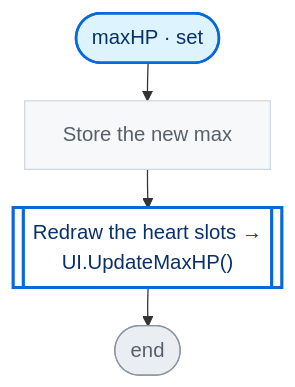
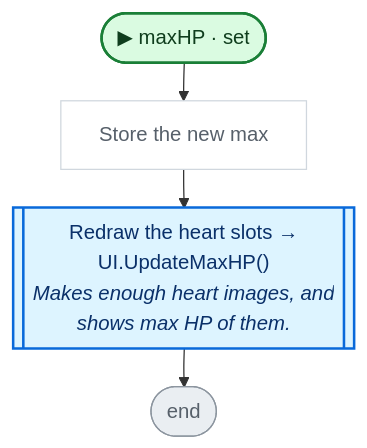
One commit to nataiai/Lord-of-the-Dungeon changed the fifth of 15 diagrams in CodeGraph~/graph/Player.cs.md. Above: the diagram before and after it, drawn with Mermaid. The commit also changed other lines of this file and 44 other files, not shown here.

````diff
--- a/CodeGraph~/graph/Player.cs.md
+++ b/CodeGraph~/graph/Player.cs.md
@@ -238,31 +249,35 @@
 ```mermaid
 ---
 config:
   flowchart:
     wrappingWidth: 260
     nodeSpacing: 26
     rankSpacing: 30
 ---
 flowchart TD
-  nS(["maxHP · set"])
+  nS(["▶ maxHP · set"])
   ncafc6a["Store the new max"]
-  nfc32bd[["Redraw the heart slots →<br>UI.UpdateMaxHP()"]]
+  nfc32bd[["Redraw the heart slots →<br>UI.UpdateMaxHP()<br><i>Makes enough heart images, and</i><br><i>shows max HP of them.</i>"]]
   nE(["end"])
   nS --> ncafc6a
   ncafc6a --> nfc32bd
   nfc32bd --> nE
-  classDef unity fill:#fff1c2,stroke:#9a6700,stroke-width:2px,color:#3b2300
-  classDef start fill:#ddf4ff,stroke:#0969da,stroke-width:2px,color:#0a3069
-  classDef calc fill:#f6f8fa,stroke:#d0d7de,color:#57606a
-  classDef calls fill:#ffffff,stroke:#0969da,stroke-width:2.5px,color:#0a3069
-  classDef cond fill:#ffffff,stroke:#6e7781,stroke-width:1.5px,color:#1f2328
-  classDef loop fill:#fbefff,stroke:#8250df,color:#3e1f79
-  classDef exit fill:#eaeef2,stroke:#57606a,color:#24292f
-  classDef wait fill:#fff8f0,stroke:#bc4c00,color:#4d1d00
+  classDef unity fill:#dafbe1,stroke:#1a7f37,stroke-width:2px,color:#0f3d1d
+  classDef start fill:#dafbe1,stroke:#1a7f37,stroke-width:2px,color:#0f3d1d
+  classDef calc fill:#ffffff,stroke:#d0d7de,color:#57606a
+  classDef calls fill:#ddf4ff,stroke:#0969da,stroke-width:2px,color:#0a3069
+  classDef ext fill:#ddf4ff,stroke:#0969da,stroke-width:2px,stroke-dasharray:5 3,color:#0a3069
+  classDef cond fill:#fff8c5,stroke:#bf8700,stroke-width:1.5px,color:#3d2a00
+  classDef loop fill:#f6f8fa,stroke:#57606a,color:#1f2328
+  classDef exit fill:#ffebe9,stroke:#cf222e,color:#82071e
+  classDef kill fill:#ffebe9,stroke:#cf222e,stroke-width:2px,color:#82071e
+  classDef spawn fill:#dafbe1,stroke:#1a7f37,stroke-width:2px,color:#0f3d1d
+  classDef wait fill:#fff1e5,stroke:#bc4c00,color:#4d1d00
   classDef fin fill:#eaeef2,stroke:#8c959f,color:#57606a
   classDef join fill:#d0d7de,stroke:#8c959f,color:#57606a
+  classDef ghdr fill:#f5f9ff,stroke:#f5f9ff,color:#0a3069,font-weight:bold
   class ncafc6a calc
   class nfc32bd calls
   class nE fin
   class nS start
 ```
````
